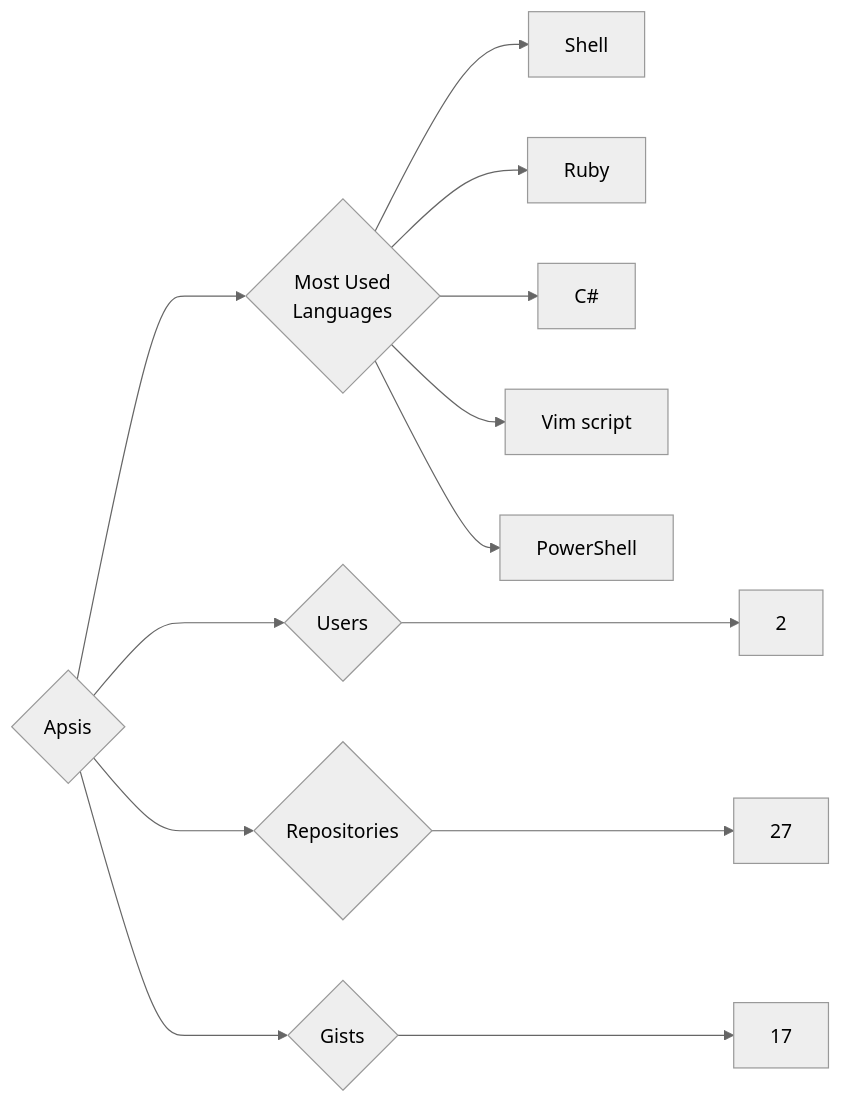
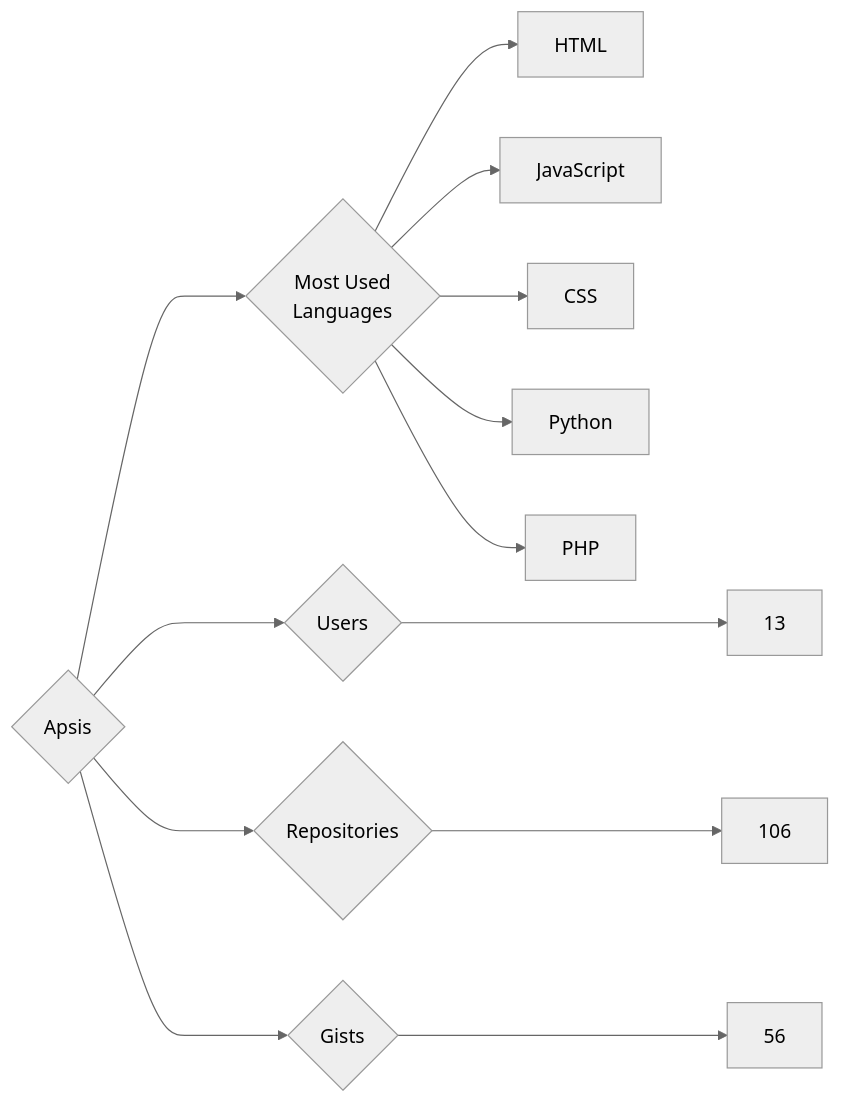
Before and after one commit to trickest/insiders: the diagram in targets/Apsis/README.md, drawn with Mermaid (neutral theme). The commit also changed 924 other files, not shown here.

````diff
--- a/targets/Apsis/README.md
+++ b/targets/Apsis/README.md
@@ -3,13 +3,13 @@
 ```mermaid
 graph LR
 COMPANY_NAME{Apsis}
-COMPANY_NAME ---> U{Users} ---> UN[2]
-COMPANY_NAME ---> R{Repositories} ---> RN[27]
-COMPANY_NAME ---> G{Gists} ---> GN[17]
+COMPANY_NAME ---> U{Users} ---> UN[13]
+COMPANY_NAME ---> R{Repositories} ---> RN[106]
+COMPANY_NAME ---> G{Gists} ---> GN[56]
 COMPANY_NAME ---> ML{Most Used<br>Languages}
-ML --> Shell[Shell]
-ML --> Ruby[Ruby]
-ML --> C#[C#]
-ML --> Vim_script[Vim script]
-ML --> PowerShell[PowerShell]
+ML --> HTML[HTML]
+ML --> JavaScript[JavaScript]
+ML --> CSS[CSS]
+ML --> Python[Python]
+ML --> PHP[PHP]
 ```
````
